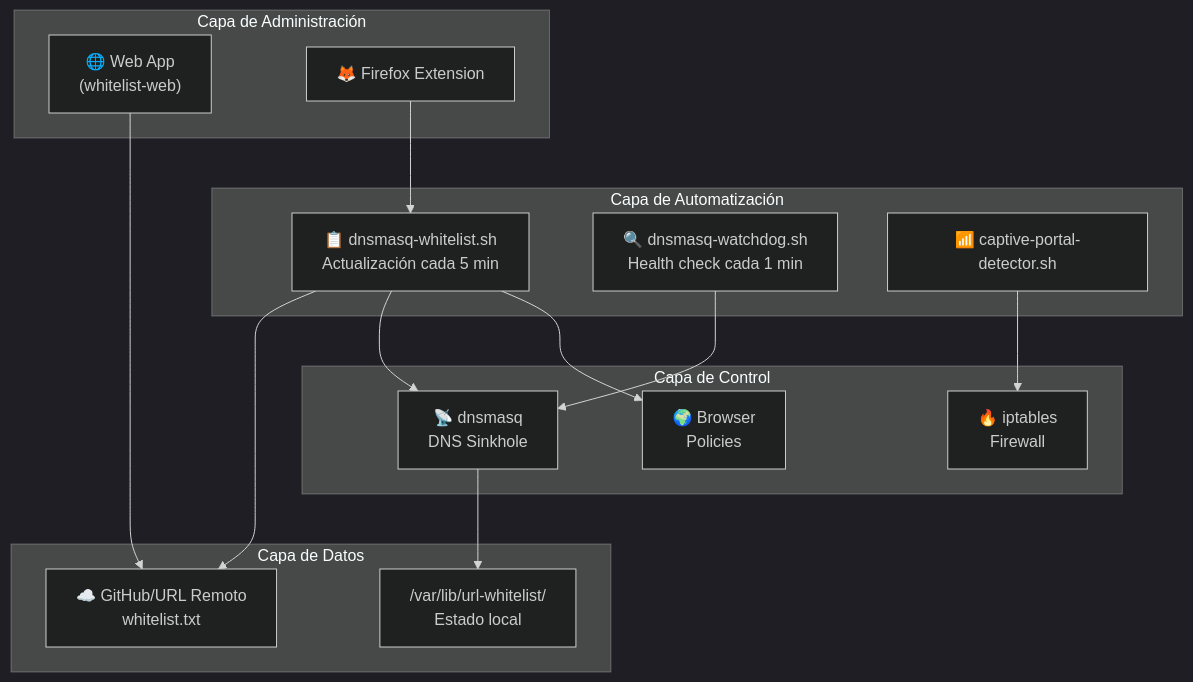
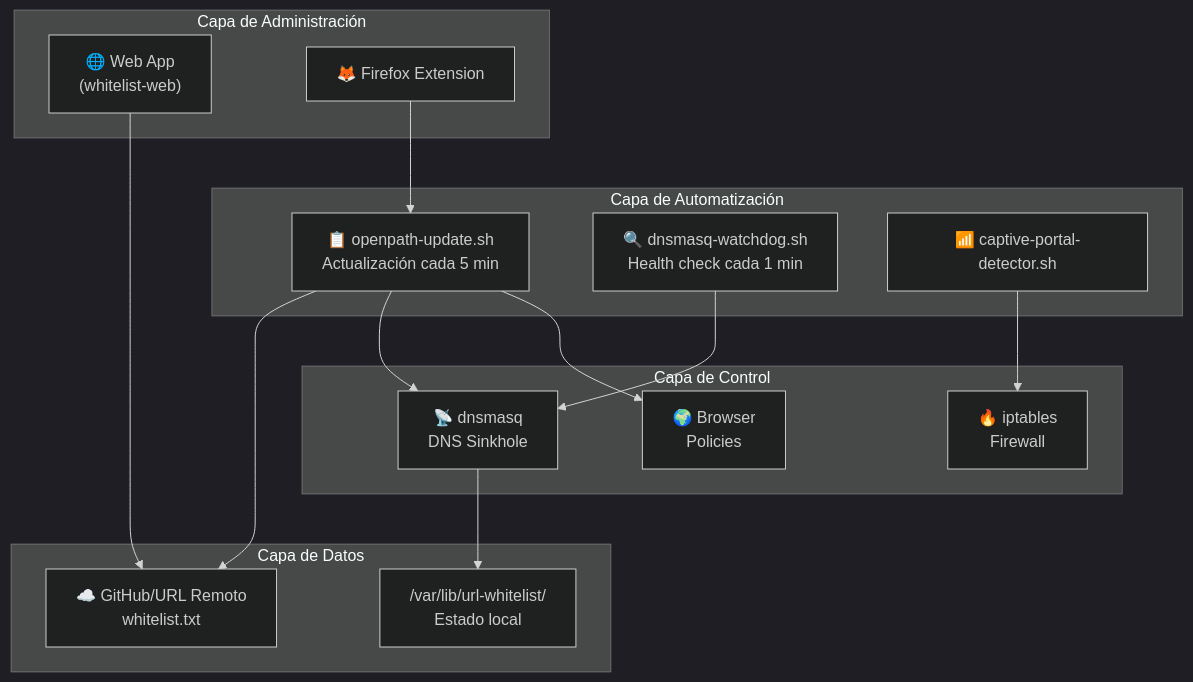
One commit to balejosg/whitelist changed the first of 7 diagrams in docs/ADR.md. Above: the diagram before and after it, drawn with Mermaid (dark theme). The commit also changed other lines of this file and 4 other files, not shown here.

````diff
--- a/docs/ADR.md
+++ b/docs/ADR.md
@@ -13,33 +13,33 @@
 ```mermaid
 graph TB
     subgraph "Capa de Administración"
         WEB["🌐 Web App<br/>(whitelist-web)"]
         EXT["🦊 Firefox Extension"]
     end
     
     subgraph "Capa de Control"
         DNSMASQ["📡 dnsmasq<br/>DNS Sinkhole"]
         IPTABLES["🔥 iptables<br/>Firewall"]
         BROWSER["🌍 Browser<br/>Policies"]
     end
     
     subgraph "Capa de Automatización"
-        WHITELIST["📋 dnsmasq-whitelist.sh<br/>Actualización cada 5 min"]
+        WHITELIST["📋 openpath-update.sh<br/>Actualización cada 5 min"]
         WATCHDOG["🔍 dnsmasq-watchdog.sh<br/>Health check cada 1 min"]
         CAPTIVE["📶 captive-portal-detector.sh"]
     end
     
     subgraph "Capa de Datos"
         REMOTE["☁️ GitHub/URL Remoto<br/>whitelist.txt"]
         LOCAL["/var/lib/url-whitelist/<br/>Estado local"]
     end
     
     WEB --> REMOTE
     EXT --> WHITELIST
     WHITELIST --> REMOTE
     WHITELIST --> DNSMASQ
     WHITELIST --> BROWSER
     WATCHDOG --> DNSMASQ
     CAPTIVE --> IPTABLES
     DNSMASQ --> LOCAL
 ```
````
